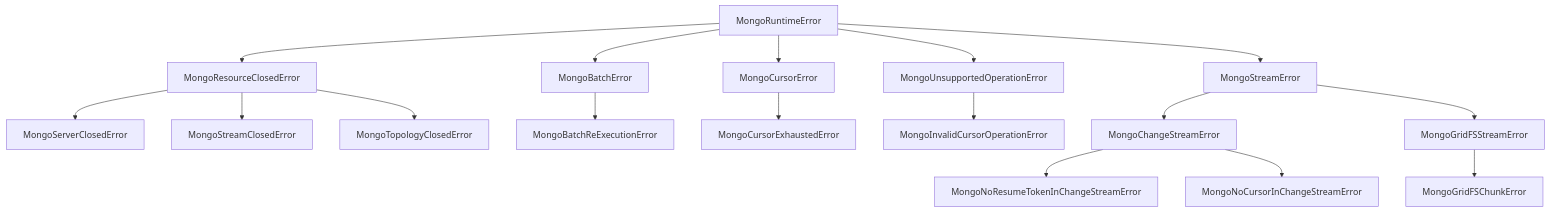
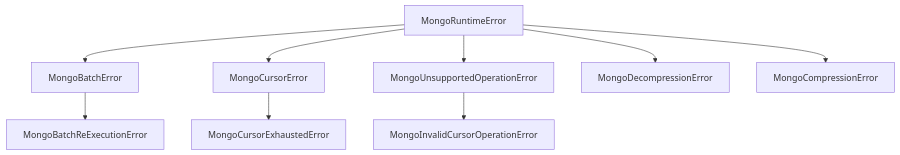
Before and after one commit to mongodb/node-mongodb-native: the diagram in docs/charts/mermaid/MongoRuntimeError_0.mmd, drawn with Mermaid. The commit also changed 6 other files, not shown here.

Commit message:
docs: Break diagram down into 3 parts

```diff
--- a/docs/charts/mermaid/MongoRuntimeError_0.mmd
+++ b/docs/charts/mermaid/MongoRuntimeError_0.mmd
@@ -1,24 +1,12 @@
 graph TD
-  MongoRuntimeError --> MongoResourceClosedError
   MongoRuntimeError --> MongoBatchError
   MongoRuntimeError --> MongoCursorError
   MongoRuntimeError --> MongoUnsupportedOperationError
-  MongoRuntimeError --> MongoStreamError
-
-  MongoResourceClosedError --> MongoServerClosedError
-  MongoResourceClosedError --> MongoStreamClosedError
-  MongoResourceClosedError --> MongoTopologyClosedError
+  MongoRuntimeError --> MongoDecompressionError
+  MongoRuntimeError --> MongoCompressionError
 
   MongoBatchError --> MongoBatchReExecutionError
 
   MongoCursorError --> MongoCursorExhaustedError
 
   MongoUnsupportedOperationError --> MongoInvalidCursorOperationError
-
-  MongoStreamError --> MongoChangeStreamError
-  MongoStreamError --> MongoGridFSStreamError
-
-  MongoChangeStreamError --> MongoNoResumeTokenInChangeStreamError
-  MongoChangeStreamError --> MongoNoCursorInChangeStreamError
-
-  MongoGridFSStreamError --> MongoGridFSChunkError
```
